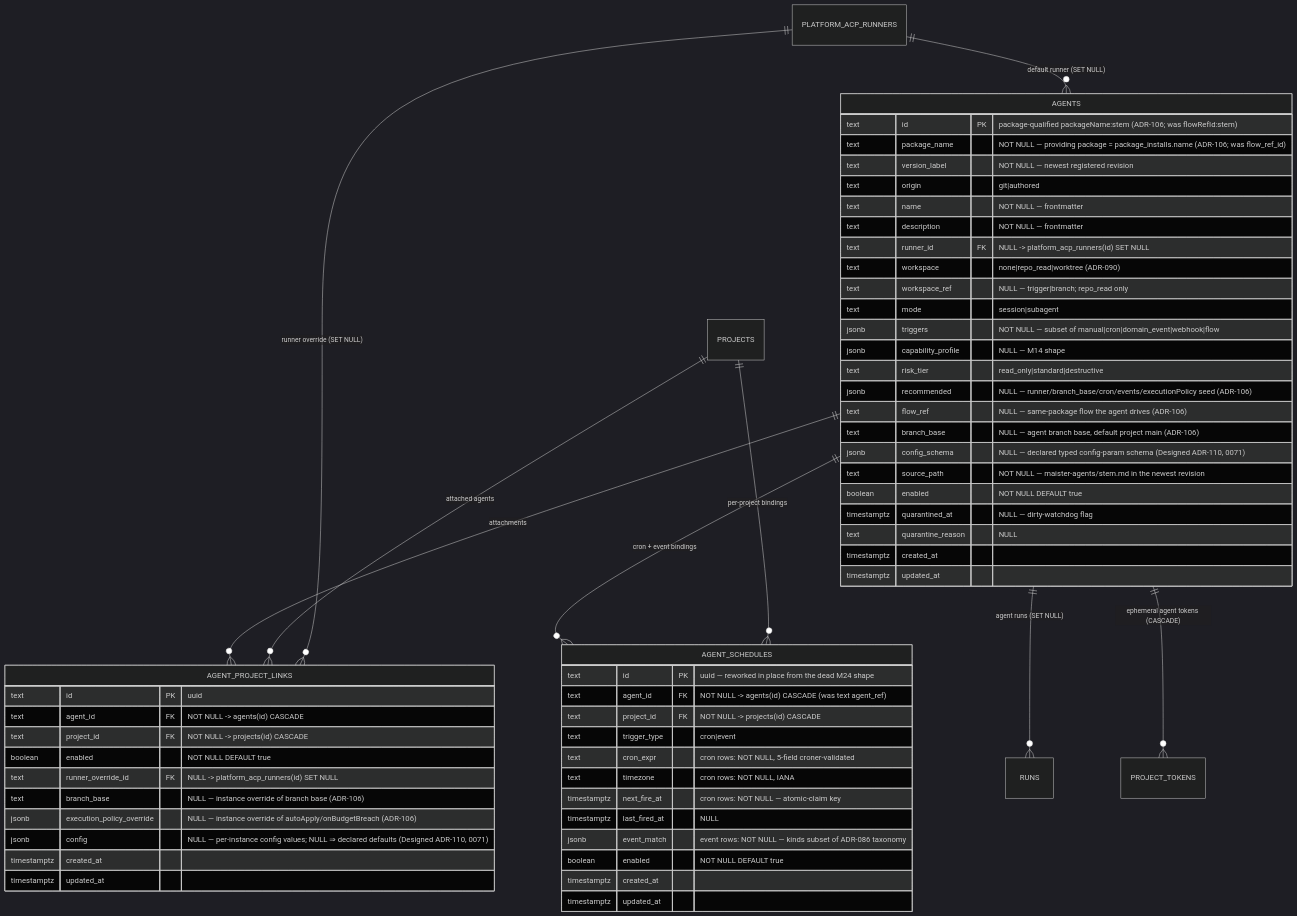
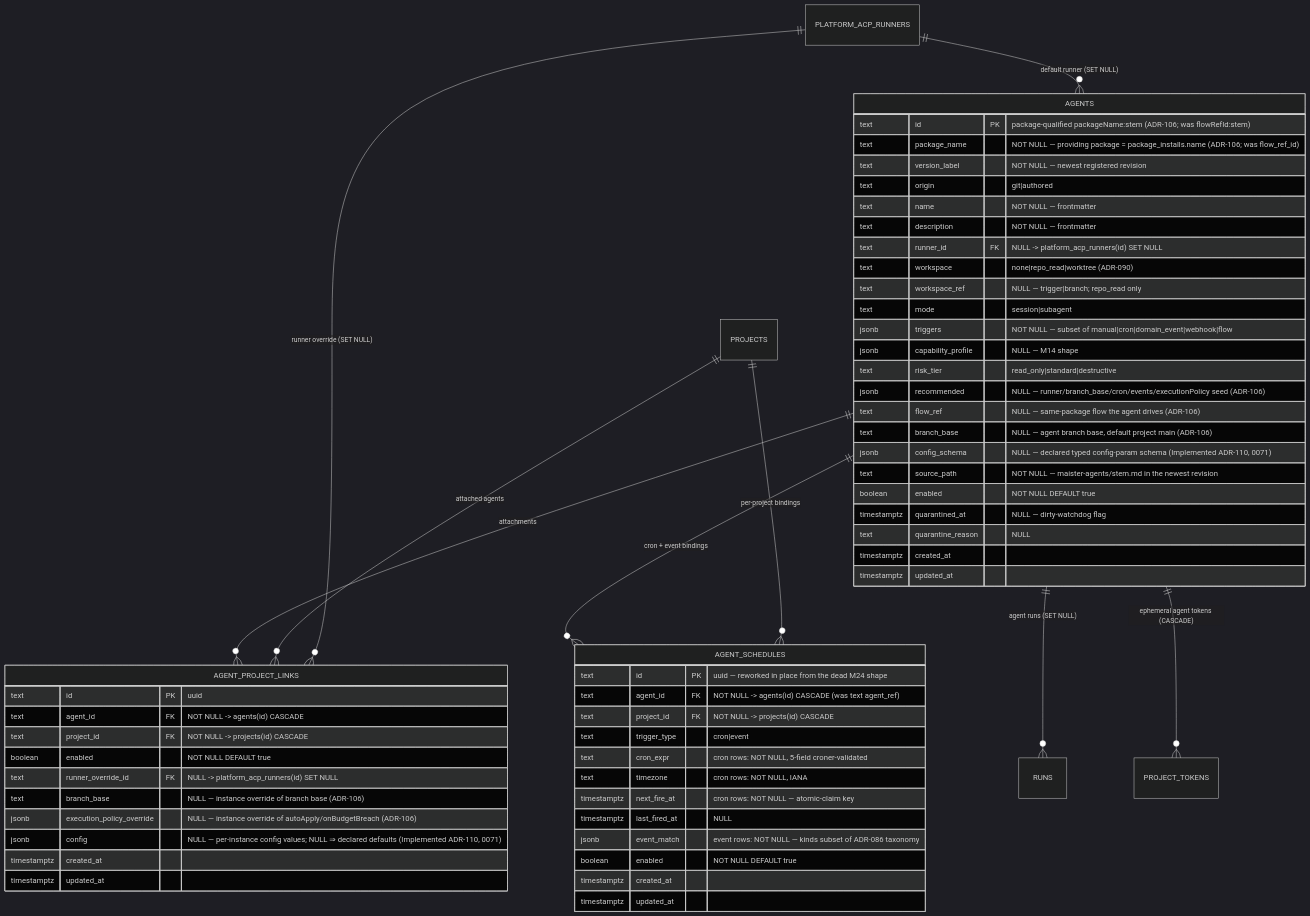
One commit to maister-dev/maister changed the diagram in docs/db/agents-domain.md. Above: the diagram before and after it, drawn with Mermaid (dark theme). The commit also changed 9 other files, not shown here.

Commit message:
docs(triage): flip implementation-status Designed→Implemented [ADR-110/111]

````diff
--- a/docs/db/agents-domain.md
+++ b/docs/db/agents-domain.md
@@ -25,65 +25,65 @@
 ```mermaid
 erDiagram
     PLATFORM_ACP_RUNNERS ||--o{ AGENTS : "default runner (SET NULL)"
     AGENTS ||--o{ AGENT_PROJECT_LINKS : "attachments"
     PROJECTS ||--o{ AGENT_PROJECT_LINKS : "attached agents"
     PLATFORM_ACP_RUNNERS ||--o{ AGENT_PROJECT_LINKS : "runner override (SET NULL)"
     AGENTS ||--o{ AGENT_SCHEDULES : "cron + event bindings"
     PROJECTS ||--o{ AGENT_SCHEDULES : "per-project bindings"
     AGENTS ||--o{ RUNS : "agent runs (SET NULL)"
     AGENTS ||--o{ PROJECT_TOKENS : "ephemeral agent tokens (CASCADE)"
 
     AGENTS {
         text id PK "package-qualified packageName:stem (ADR-106; was flowRefId:stem)"
         text package_name "NOT NULL — providing package = package_installs.name (ADR-106; was flow_ref_id)"
         text version_label "NOT NULL — newest registered revision"
         text origin "git|authored"
         text name "NOT NULL — frontmatter"
         text description "NOT NULL — frontmatter"
         text runner_id FK "NULL -> platform_acp_runners(id) SET NULL"
         text workspace "none|repo_read|worktree (ADR-090)"
         text workspace_ref "NULL — trigger|branch; repo_read only"
         text mode "session|subagent"
         jsonb triggers "NOT NULL — subset of manual|cron|domain_event|webhook|flow"
         jsonb capability_profile "NULL — M14 shape"
         text risk_tier "read_only|standard|destructive"
         jsonb recommended "NULL — runner/branch_base/cron/events/executionPolicy seed (ADR-106)"
         text flow_ref "NULL — same-package flow the agent drives (ADR-106)"
         text branch_base "NULL — agent branch base, default project main (ADR-106)"
-        jsonb config_schema "NULL — declared typed config-param schema (Designed ADR-110, 0071)"
+        jsonb config_schema "NULL — declared typed config-param schema (Implemented ADR-110, 0071)"
         text source_path "NOT NULL — maister-agents/stem.md in the newest revision"
         boolean enabled "NOT NULL DEFAULT true"
         timestamptz quarantined_at "NULL — dirty-watchdog flag"
         text quarantine_reason "NULL"
         timestamptz created_at
         timestamptz updated_at
     }
 
     AGENT_PROJECT_LINKS {
         text id PK "uuid"
         text agent_id FK "NOT NULL -> agents(id) CASCADE"
         text project_id FK "NOT NULL -> projects(id) CASCADE"
         boolean enabled "NOT NULL DEFAULT true"
         text runner_override_id FK "NULL -> platform_acp_runners(id) SET NULL"
         text branch_base "NULL — instance override of branch base (ADR-106)"
         jsonb execution_policy_override "NULL — instance override of autoApply/onBudgetBreach (ADR-106)"
-        jsonb config "NULL — per-instance config values; NULL ⇒ declared defaults (Designed ADR-110, 0071)"
+        jsonb config "NULL — per-instance config values; NULL ⇒ declared defaults (Implemented ADR-110, 0071)"
         timestamptz created_at
         timestamptz updated_at
     }
 
     AGENT_SCHEDULES {
         text id PK "uuid — reworked in place from the dead M24 shape"
         text agent_id FK "NOT NULL -> agents(id) CASCADE (was text agent_ref)"
         text project_id FK "NOT NULL -> projects(id) CASCADE"
         text trigger_type "cron|event"
         text cron_expr "cron rows: NOT NULL, 5-field croner-validated"
         text timezone "cron rows: NOT NULL, IANA"
         timestamptz next_fire_at "cron rows: NOT NULL — atomic-claim key"
         timestamptz last_fired_at "NULL"
         jsonb event_match "event rows: NOT NULL — kinds subset of ADR-086 taxonomy"
         boolean enabled "NOT NULL DEFAULT true"
         timestamptz created_at
         timestamptz updated_at
     }
 ```
````
